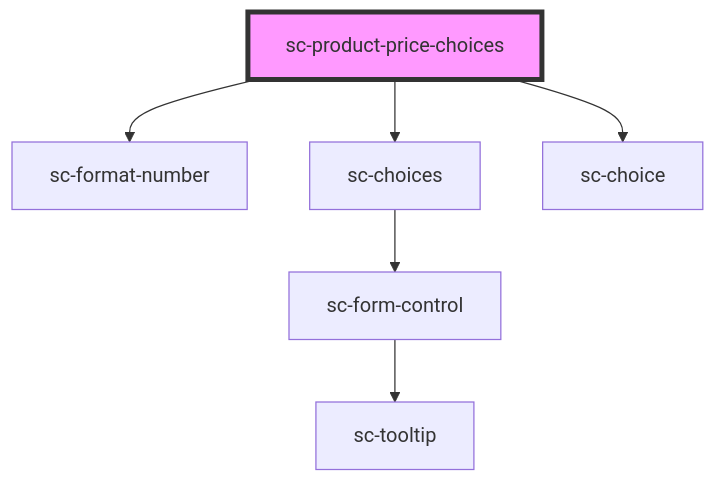
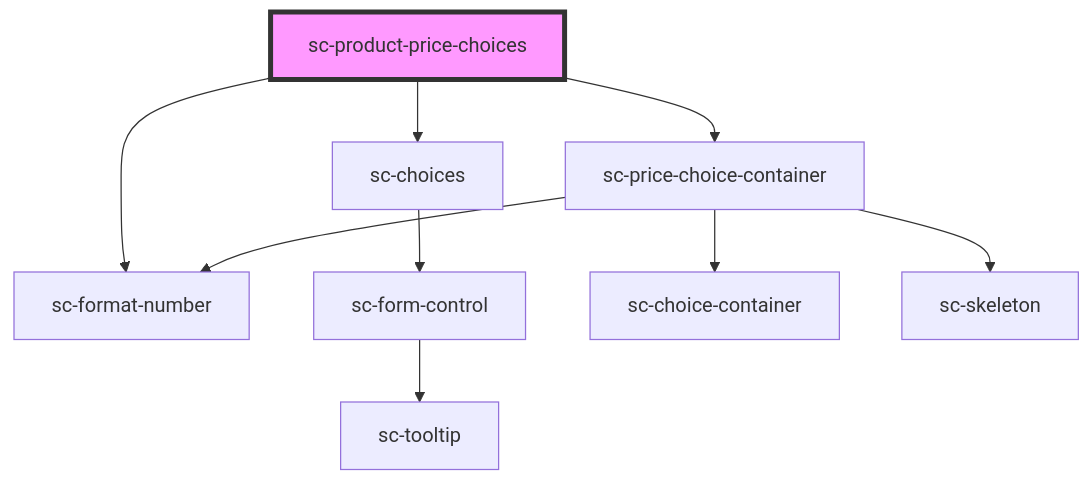
Before and after one commit to surecart/surecart-wp-plugin: the diagram in packages/components/src/components/controllers/product/sc-product-price-choices/readme.md, drawn with Mermaid. The commit also changed other lines of this file and 28 other files, not shown here.

````diff
--- a/packages/components/src/components/controllers/product/sc-product-price-choices/readme.md
+++ b/packages/components/src/components/controllers/product/sc-product-price-choices/readme.md
@@ -24,9 +24,12 @@
 ```mermaid
 graph TD;
   sc-product-price-choices --> sc-format-number
   sc-product-price-choices --> sc-choices
-  sc-product-price-choices --> sc-choice
+  sc-product-price-choices --> sc-price-choice-container
   sc-choices --> sc-form-control
   sc-form-control --> sc-tooltip
+  sc-price-choice-container --> sc-format-number
+  sc-price-choice-container --> sc-choice-container
+  sc-price-choice-container --> sc-skeleton
   style sc-product-price-choices fill:#f9f,stroke:#333,stroke-width:4px
 ```
````
